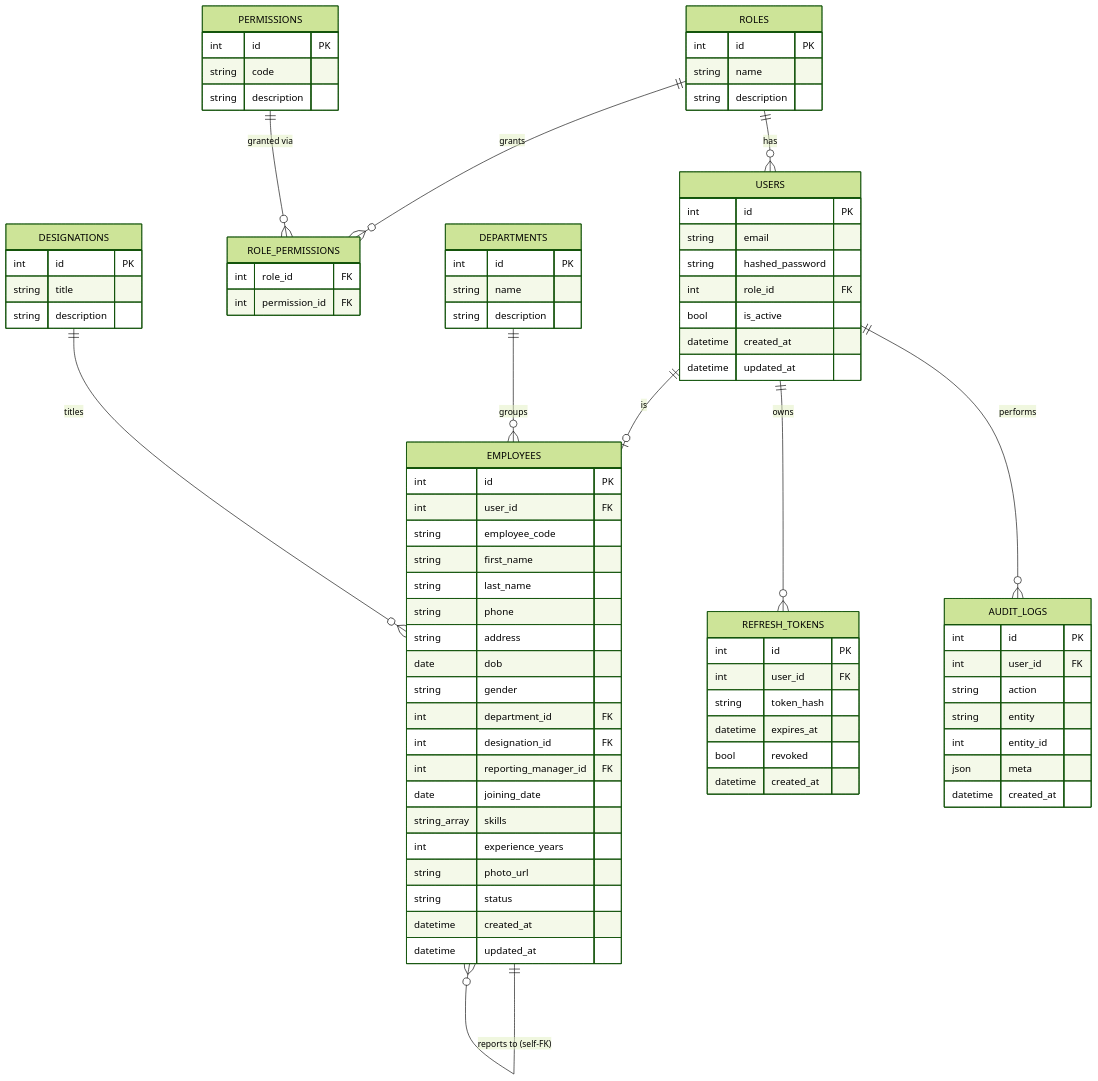
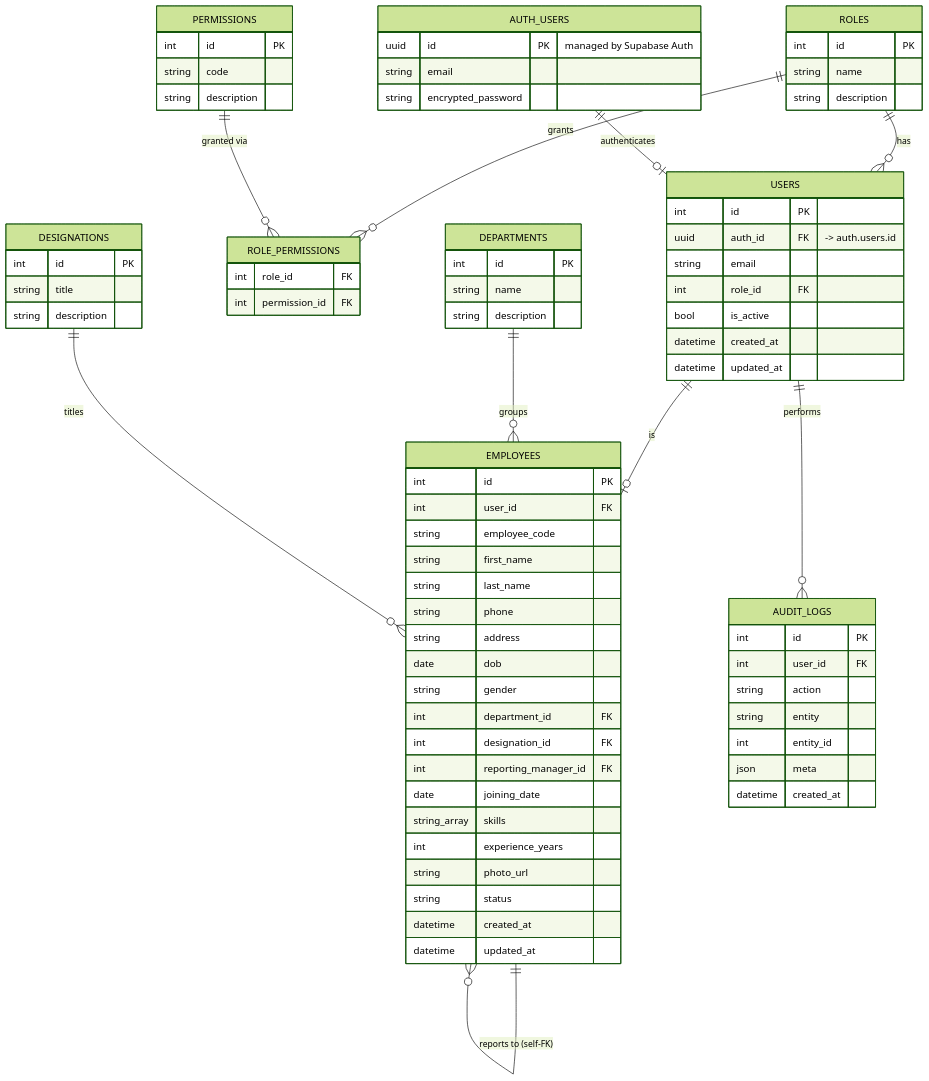
One commit to GaneshMVBL2411/my-hrms- changed the diagram in docs/er-diagram.md. Above: the diagram before and after it, drawn with Mermaid (forest theme). The commit also changed other lines of this file and 151 other files, not shown here.

```diff
--- a/docs/er-diagram.md
+++ b/docs/er-diagram.md
@@ -11,8 +14,8 @@
     ROLES ||--o{ ROLE_PERMISSIONS : "grants"
     PERMISSIONS ||--o{ ROLE_PERMISSIONS : "granted via"
 
+    AUTH_USERS ||--o| USERS : "authenticates"
     USERS ||--o| EMPLOYEES : "is"
-    USERS ||--o{ REFRESH_TOKENS : "owns"
     USERS ||--o{ AUDIT_LOGS : "performs"
 
     DEPARTMENTS ||--o{ EMPLOYEES : "groups"
@@ -33,22 +36,19 @@
         int role_id FK
         int permission_id FK
     }
+    AUTH_USERS {
+        uuid id PK "managed by Supabase Auth"
+        string email
+        string encrypted_password
+    }
     USERS {
         int id PK
+        uuid auth_id FK "-> auth.users.id"
         string email
-        string hashed_password
         int role_id FK
         bool is_active
         datetime created_at
         datetime updated_at
-    }
-    REFRESH_TOKENS {
-        int id PK
-        int user_id FK
-        string token_hash
-        datetime expires_at
-        bool revoked
-        datetime created_at
     }
     DEPARTMENTS {
         int id PK
```
